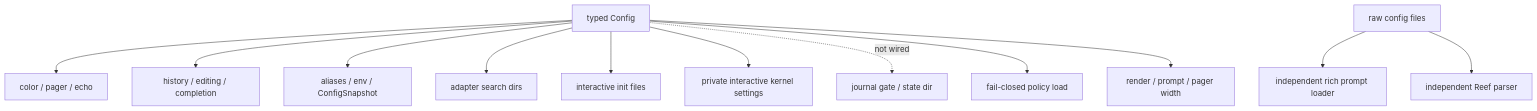
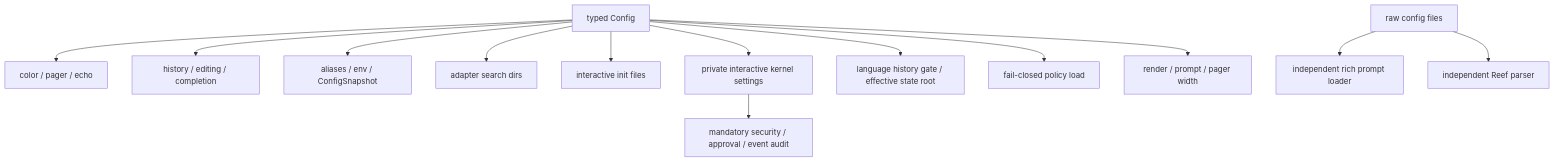
One commit to alliecatowo/shoal changed the second of 2 diagrams in site/content/internals/configuration-reference.md. Above: the diagram before and after it, drawn with Mermaid. The commit also changed other lines of this file and 6 other files, not shown here.

Commit message:
config: wire journal state and diagnostics

````diff
--- a/site/content/internals/configuration-reference.md
+++ b/site/content/internals/configuration-reference.md
@@ -326,16 +326,17 @@
 ```mermaid
 flowchart TD
 accTitle: Host wiring matrix
 accDescr: Shows the components and relationships described in Host wiring matrix.
   Config["typed Config"] --> Render["color / pager / echo"]
   Config --> Editor["history / editing / completion"]
   Config --> Bindings["aliases / env / ConfigSnapshot"]
   Config --> Adapters["adapter search dirs"]
   Config --> Init["interactive init files"]
   Config --> Kernel["private interactive kernel settings"]
-  Config -. "not wired" .-> Journal["journal gate / state dir"]
+  Config --> Journal["language history gate / effective state root"]
+  Kernel --> Audit["mandatory security / approval / event audit"]
   Config --> Leash["fail-closed policy load"]
   Config --> Width["render / prompt / pager width"]
   Files["raw config files"] --> Prompt["independent rich prompt loader"]
   Files --> Reef["independent Reef parser"]
 ```
````
